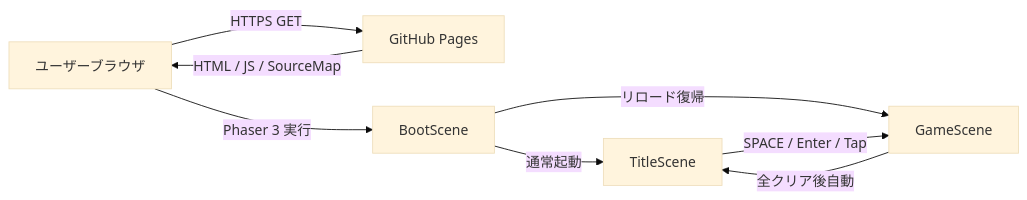
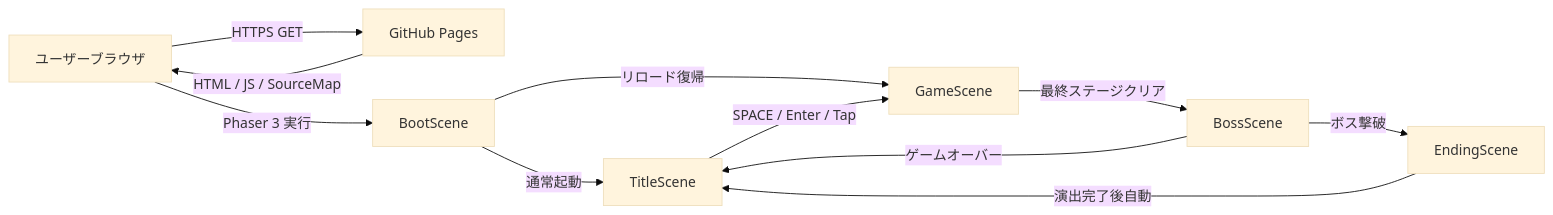
The first of 5 diagrams in docs/functional-design.md (n-yata/chiku-clock-run), drawn with Mermaid (base theme) before and after one commit. The commit also changed other lines of this file and 16 other files, not shown here.

````diff
--- a/docs/functional-design.md
+++ b/docs/functional-design.md
@@ -16,10 +16,13 @@
 ```mermaid
 graph LR
     U[ユーザーブラウザ] -->|HTTPS GET| P[GitHub Pages]
     P -->|HTML / JS / SourceMap| U
     U -->|Phaser 3 実行| B[BootScene]
     B -->|通常起動| T[TitleScene]
     B -->|リロード復帰| G[GameScene]
     T -->|SPACE / Enter / Tap| G
-    G -->|全クリア後自動| T
+    G -->|最終ステージクリア| BO[BossScene]
+    BO -->|ボス撃破| E[EndingScene]
+    BO -->|ゲームオーバー| T
+    E -->|演出完了後自動| T
 ```
````
